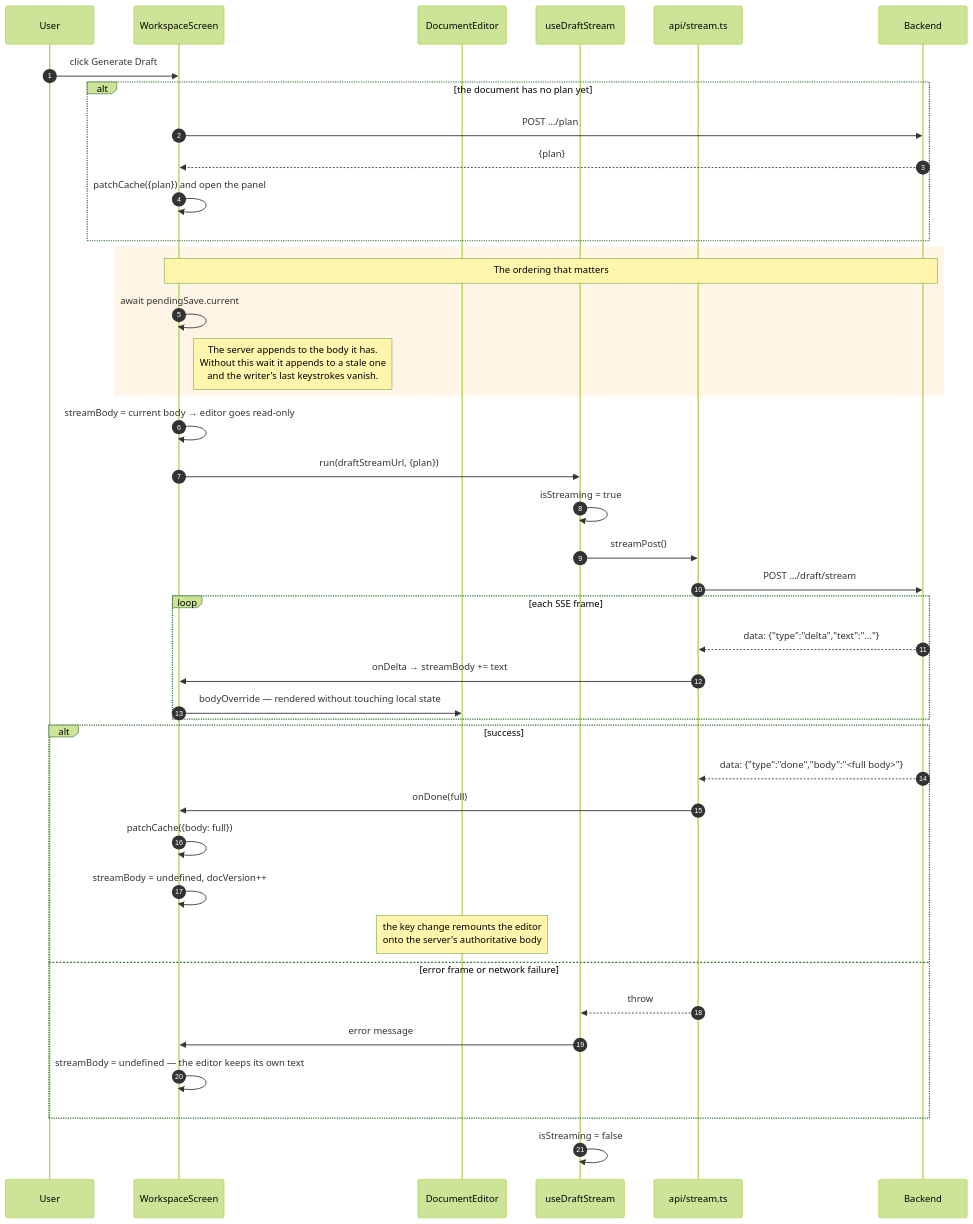
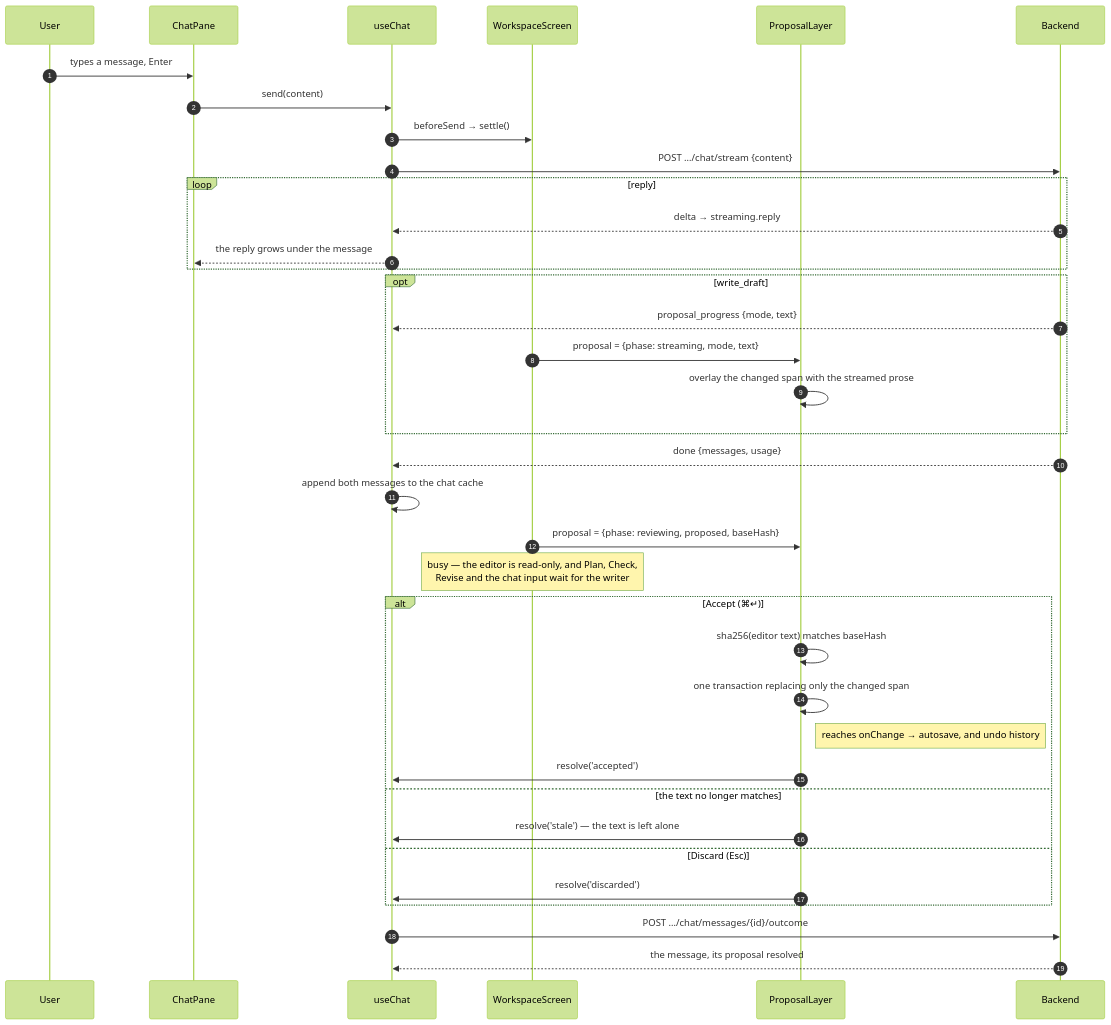
The fifth of 6 diagrams in docs/diagrams/05-frontend-flows.md (Akazz-L/maya), drawn with Mermaid (forest theme) before and after one commit. The commit also changed other lines of this file and 52 other files, not shown here.

````diff
--- a/docs/diagrams/05-frontend-flows.md
+++ b/docs/diagrams/05-frontend-flows.md
@@ -113,48 +148,41 @@
 ```mermaid
 sequenceDiagram
     autonumber
     participant U as User
+    participant CP as ChatPane
+    participant CH as useChat
     participant WS as WorkspaceScreen
-    participant ED as DocumentEditor
-    participant DS as useDraftStream
-    participant ST as api/stream.ts
+    participant PL as ProposalLayer
     participant BE as Backend
 
-    U->>WS: click Generate Draft
-    alt the document has no plan yet
-        WS->>BE: POST …/plan
-        BE-->>WS: {plan}
-        WS->>WS: patchCache({plan}) and open the panel
+    U->>CP: types a message, Enter
+    CP->>CH: send(content)
+    CH->>WS: beforeSend → settle()
+    CH->>BE: POST …/chat/stream {content}
+    loop reply
+        BE-->>CH: delta → streaming.reply
+        CH-->>CP: the reply grows under the message
     end
+    opt write_draft
+        BE-->>CH: proposal_progress {mode, text}
+        WS->>PL: proposal = {phase: streaming, mode, text}
+        PL->>PL: overlay the changed span with the streamed prose
+    end
+    BE-->>CH: done {messages, usage}
+    CH->>CH: append both messages to the chat cache
+    WS->>PL: proposal = {phase: reviewing, proposed, baseHash}
+    Note over WS: busy — the editor is read-only, and Plan, Check,<br/>Revise and the chat input wait for the writer
 
-    rect rgb(255, 244, 229)
-        Note over WS,BE: The ordering that matters
-        WS->>WS: await pendingSave.current
-        Note right of WS: The server appends to the body it has.<br/>Without this wait it appends to a stale one<br/>and the writer's last keystrokes vanish.
+    alt Accept (⌘↵)
+        PL->>PL: sha256(editor text) matches baseHash
+        PL->>PL: one transaction replacing only the changed span
+        Note right of PL: reaches onChange → autosave, and undo history
+        PL->>CH: resolve('accepted')
+    else the text no longer matches
+        PL->>CH: resolve('stale') — the text is left alone
+    else Discard (Esc)
+        PL->>CH: resolve('discarded')
     end
-
-    WS->>WS: streamBody = current body → editor goes read-only
-    WS->>DS: run(draftStreamUrl, {plan})
-    DS->>DS: isStreaming = true
-    DS->>ST: streamPost()
-    ST->>BE: POST …/draft/stream
-
-    loop each SSE frame
-        BE-->>ST: data: {"type":"delta","text":"…"}
-        ST->>WS: onDelta → streamBody += text
-        WS->>ED: bodyOverride — rendered without touching local state
-    end
-
-    alt success
-        BE-->>ST: data: {"type":"done","body":"<full body>"}
-        ST->>WS: onDone(full)
-        WS->>WS: patchCache({body: full})
-        WS->>WS: streamBody = undefined, docVersion++
-        Note over ED: the key change remounts the editor<br/>onto the server's authoritative body
-    else error frame or network failure
-        ST-->>DS: throw
-        DS->>WS: error message
-        WS->>WS: streamBody = undefined — the editor keeps its own text
-    end
-    DS->>DS: isStreaming = false
+    CH->>BE: POST …/chat/messages/{id}/outcome
+    BE-->>CH: the message, its proposal resolved
 ```
````
